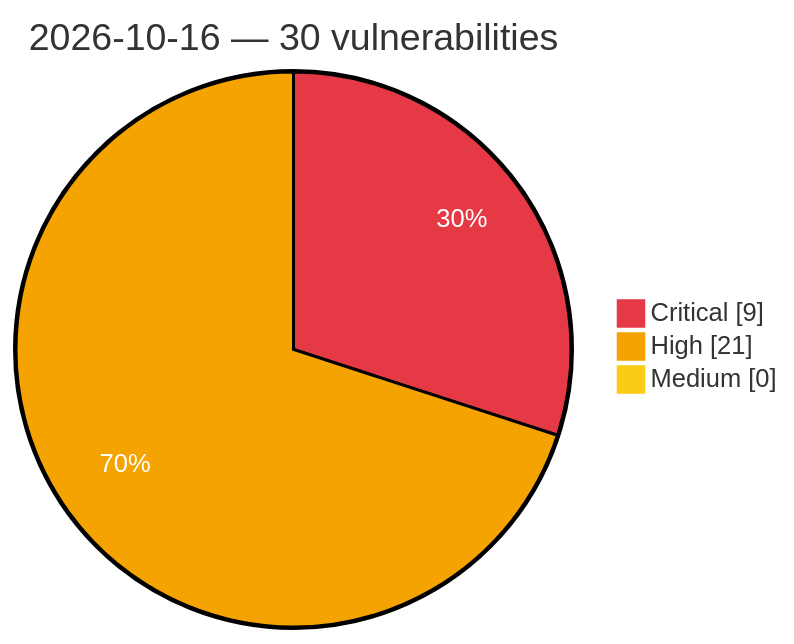
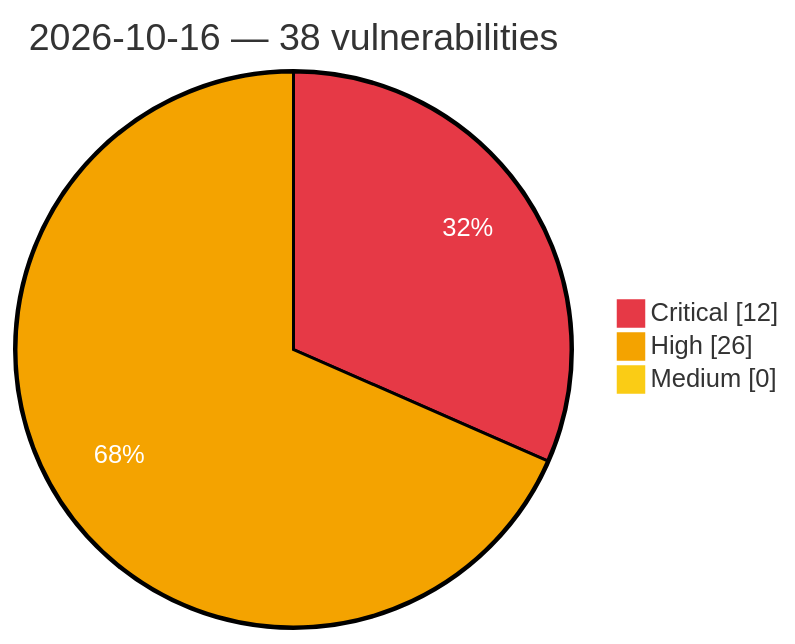
Before and after one commit to GhostX0X/vuln-tracker: the diagram in vulnerabilities/2026/October/2026-10-16.md, drawn with Mermaid. The commit also changed other lines of this file and 5 other files, not shown here.

Commit message:
Auto update: critical/high vulns (2026-10-16 14:31 UTC)

````diff
--- a/vulnerabilities/2026/October/2026-10-16.md
+++ b/vulnerabilities/2026/October/2026-10-16.md
@@ -3,8 +3,8 @@
 ```mermaid
 %%{init: {'theme':'base', 'themeVariables': {'pie1':'#e63946', 'pie2':'#f4a300', 'pie3':'#facc15', 'pieOpacity':'1', 'pieOuterStrokeWidth':'2px', 'pieSectionTextColor':'#ffffff'}}}%%
 pie showData
-    title 2026-10-16 — 30 vulnerabilities
-    "Critical" : 9
-    "High" : 21
+    title 2026-10-16 — 38 vulnerabilities
+    "Critical" : 12
+    "High" : 26
     "Medium" : 0
 ```
````
